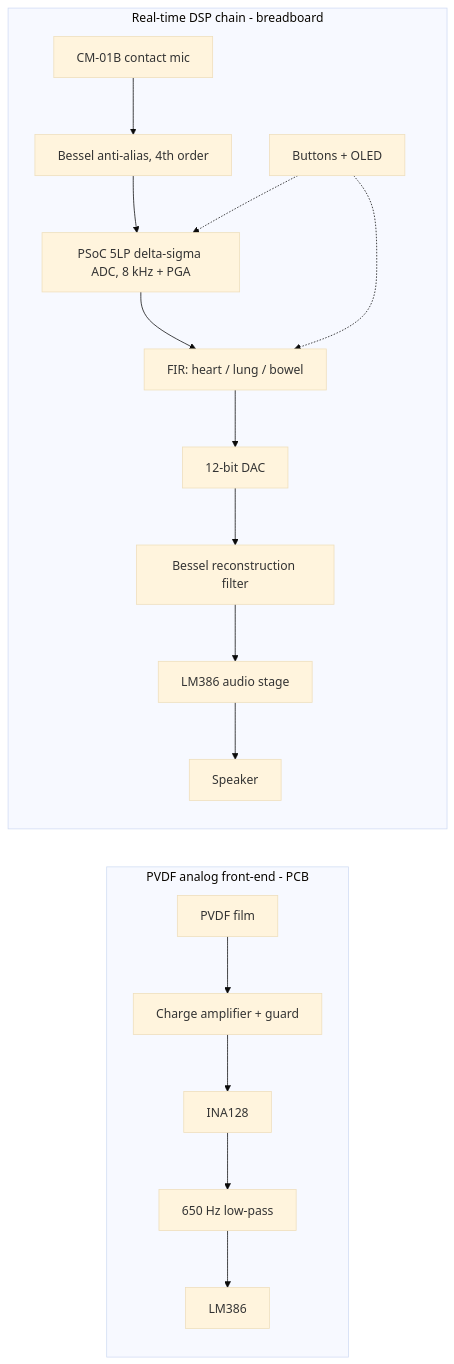
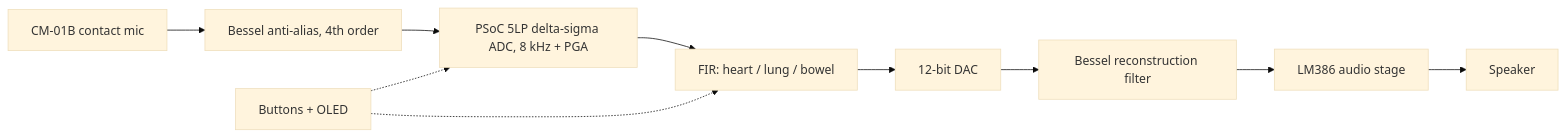
One commit to simplementeUnPorito/dsp-psoc5lp changed the diagram in README.md. Above: the diagram before and after it, drawn with Mermaid (base theme). The commit also changed other lines of this file and 34 other files, not shown here.

````diff
--- a/README.md
+++ b/README.md
@@ -24,17 +22,12 @@
 ```mermaid
 flowchart LR
-  subgraph AFE[PVDF analog front-end - PCB]
-    PV[PVDF film] --> CA[Charge amplifier + guard] --> INA[INA128] --> LP650[650 Hz low-pass] --> LMA[LM386]
-  end
-  subgraph DSP[Real-time DSP chain - breadboard]
-    CM[CM-01B contact mic] --> AA[Bessel anti-alias, 4th order]
-    AA --> ADC[PSoC 5LP delta-sigma ADC, 8 kHz + PGA]
-    ADC --> FIR[FIR: heart / lung / bowel]
-    FIR --> DAC[12-bit DAC]
-    DAC --> REC[Bessel reconstruction filter]
-    REC --> LM[LM386 audio stage]
-    LM --> SPK[Speaker]
-    UI[Buttons + OLED] -.-> FIR
-    UI -.-> ADC
-  end
+  CM[CM-01B contact mic] --> AA[Bessel anti-alias, 4th order]
+  AA --> ADC[PSoC 5LP delta-sigma ADC, 8 kHz + PGA]
+  ADC --> FIR[FIR: heart / lung / bowel]
+  FIR --> DAC[12-bit DAC]
+  DAC --> REC[Bessel reconstruction filter]
+  REC --> LM[LM386 audio stage]
+  LM --> SPK[Speaker]
+  UI[Buttons + OLED] -.-> FIR
+  UI -.-> ADC
 ```
````
